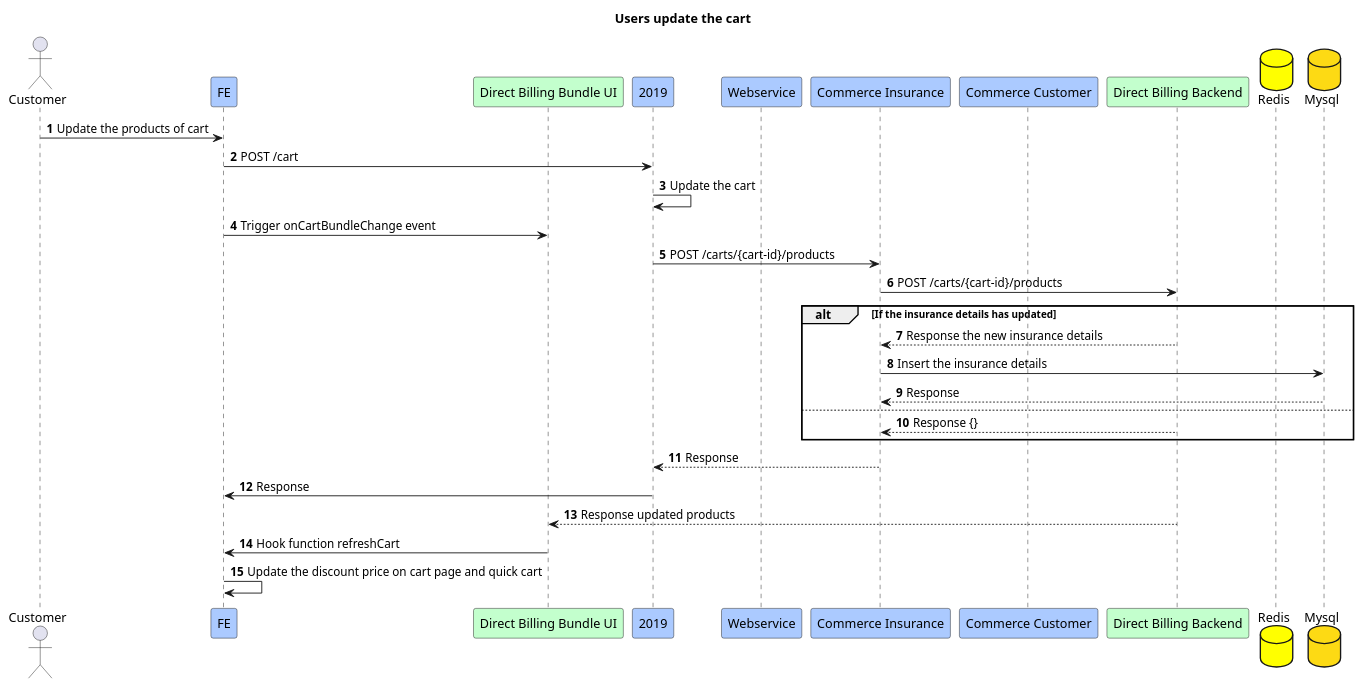
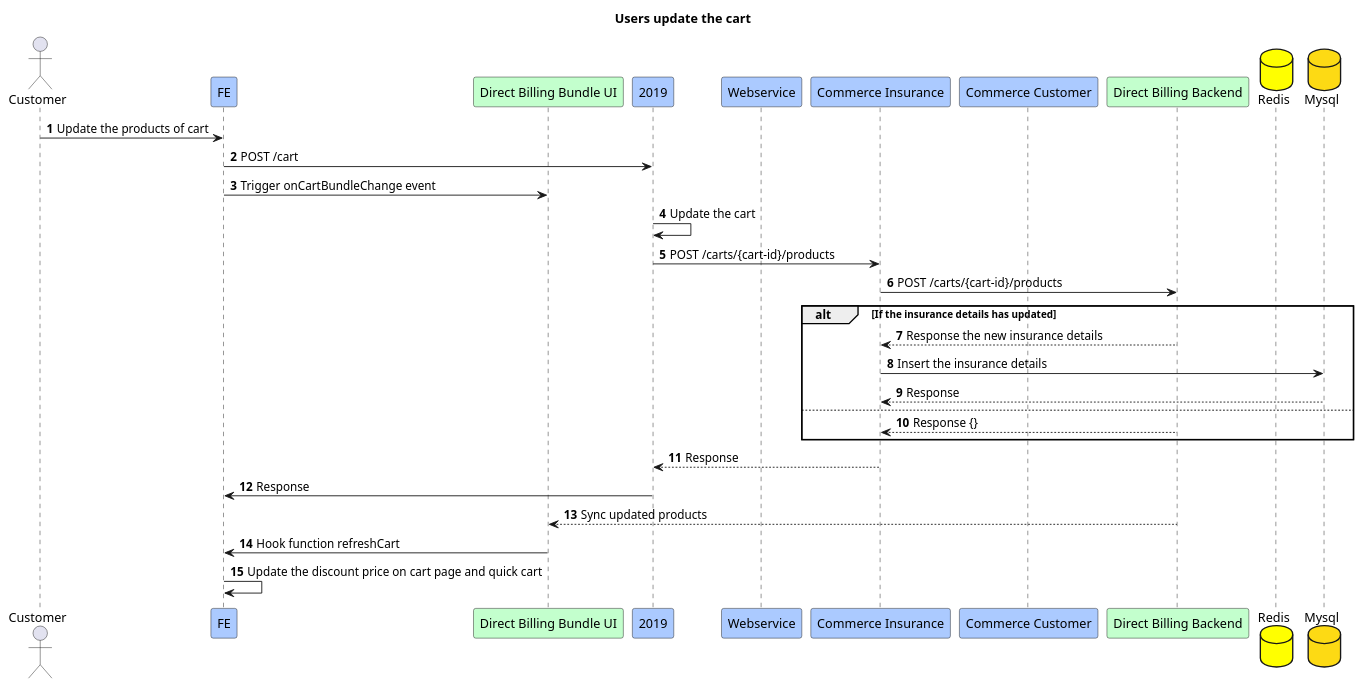
One commit to Jayounger/EyeMed-Sequence-Diagram changed the diagram in 7.Customer update the cart.puml. Above: the diagram before and after it, drawn with PlantUML. The commit also changed 32 other files, not shown here.

```diff
--- a/7.Customer update the cart.puml
+++ b/7.Customer update the cart.puml
@@ -1,34 +1,35 @@
 @startuml
 title Users update the cart
 actor Customer
 participant FE #abcaff
 participant "Direct Billing Bundle UI" #c3ffcd
 participant "2019" #abcaff
 participant "Webservice" #abcaff
 participant "Commerce Insurance" #abcaff
 participant "Commerce Customer" #abcaff
 participant "Direct Billing Backend" #c3ffcd
 database "Redis" #yellow
 database "Mysql" #fdda14
 
 autonumber
 Customer -> FE:Update the products of cart
 FE -> 2019:POST /cart
+FE -> "Direct Billing Bundle UI":Trigger onCartBundleChange event
+
 2019 -> 2019:Update the cart
-FE -> "Direct Billing Bundle UI":Trigger onCartBundleChange event
 2019 -> "Commerce Insurance":POST /carts/{cart-id}/products
 "Commerce Insurance" -> "Direct Billing Backend":POST /carts/{cart-id}/products
 alt If the insurance details has updated
     "Direct Billing Backend" --> "Commerce Insurance":Response the new insurance details
     "Commerce Insurance" -> "Mysql":Insert the insurance details
     "Mysql" --> "Commerce Insurance":Response
 else
     "Direct Billing Backend" --> "Commerce Insurance":Response {}
 end
 "Commerce Insurance" --> 2019:Response
 "2019" -> FE:Response
-"Direct Billing Backend" --> "Direct Billing Bundle UI":Response updated products
+"Direct Billing Backend" --> "Direct Billing Bundle UI":Sync updated products
 "Direct Billing Bundle UI" -> FE:Hook function refreshCart
 FE -> FE:Update the discount price on cart page and quick cart
 
 @enduml
```
